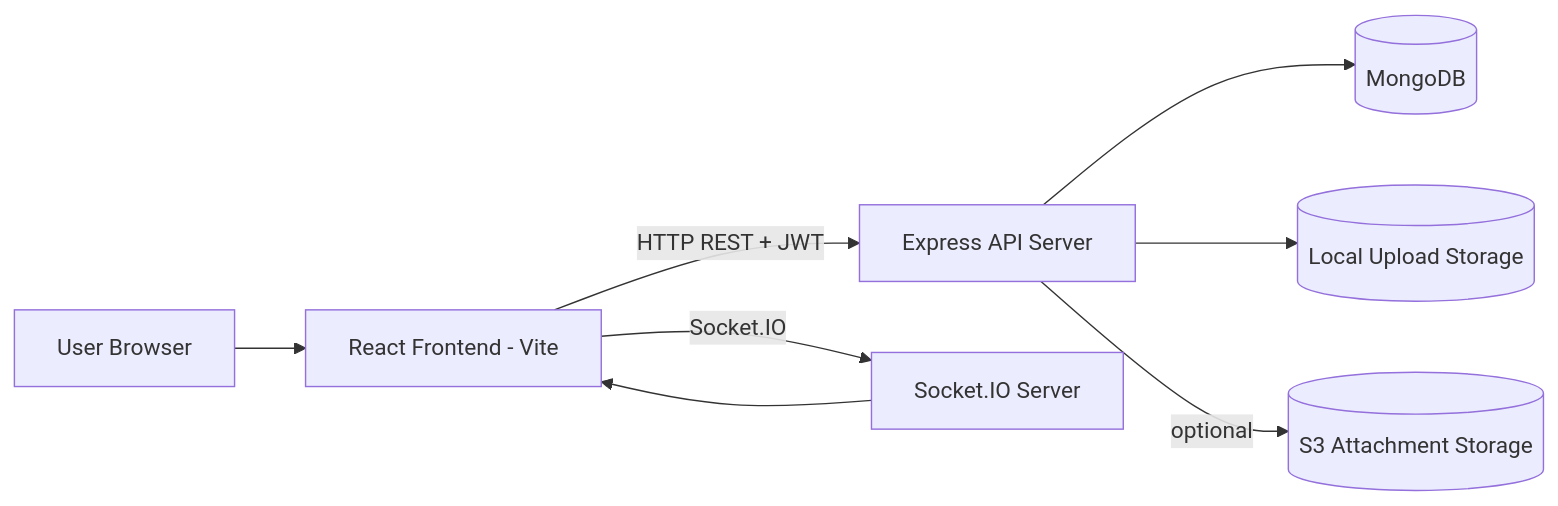
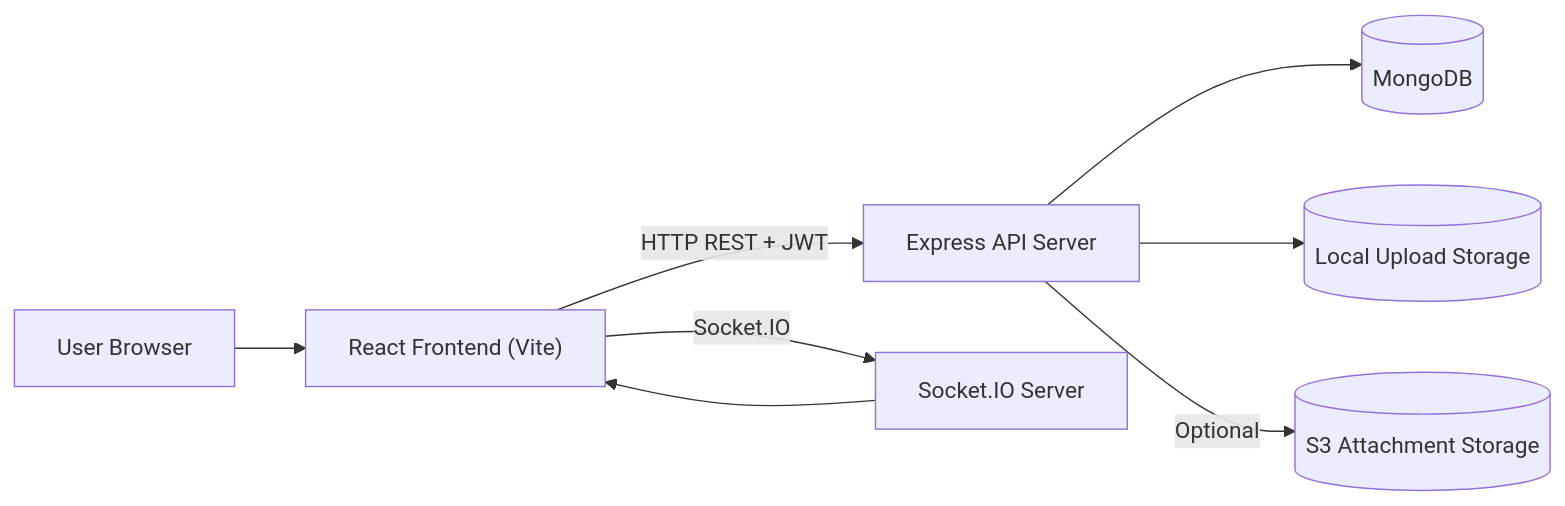
One commit to gobinath-sketch/system001 changed the first of 6 diagrams in README.md. Above: the diagram before and after it, drawn with Mermaid. The commit also changed other lines of this file, not shown here.

````diff
--- a/README.md
+++ b/README.md
@@ -74,10 +74,10 @@
 ```mermaid
-flowchart LR
-  U[User Browser] --> FE[React Frontend - Vite]
-  FE -->|HTTP REST + JWT| BE[Express API Server]
-  FE -->|Socket.IO| WS[Socket.IO Server]
-  BE --> DB[(MongoDB)]
-  BE --> FS[(Local Upload Storage)]
-  BE -->|optional| S3[(S3 Attachment Storage)]
-  WS --> FE
+graph LR;
+  U["User Browser"] --> FE["React Frontend (Vite)"];
+  FE -->|"HTTP REST + JWT"| BE["Express API Server"];
+  FE -->|"Socket.IO"| WS["Socket.IO Server"];
+  BE --> DB[("MongoDB")];
+  BE --> FS[("Local Upload Storage")];
+  BE -->|"Optional"| S3[("S3 Attachment Storage")];
+  WS --> FE;
 ```
````
